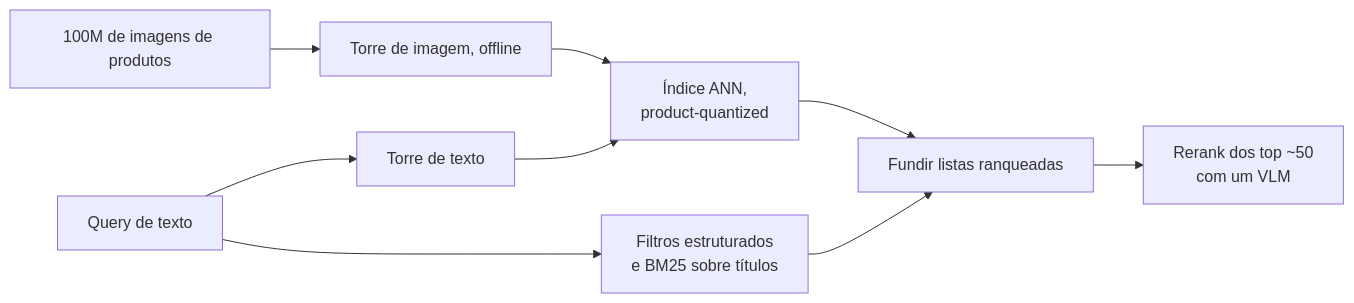
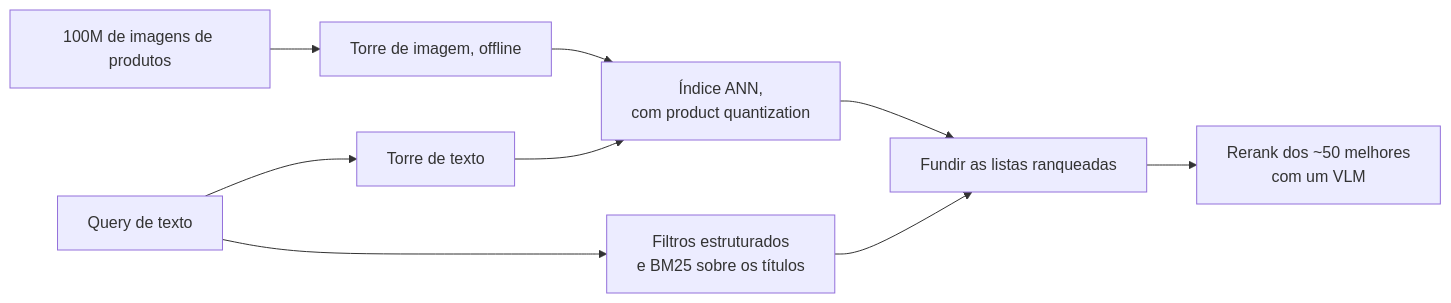
Diagram 11 of 21 in 10-multimodal/questions.pt-BR.md (andrevberaldo/AI-Engineer-Interview-Questions), drawn with Mermaid before and after one commit. The commit also changed other lines of this file and 1 other file, not shown here.

````diff
--- a/10-multimodal/questions.pt-BR.md
+++ b/10-multimodal/questions.pt-BR.md
@@ -451,11 +451,11 @@
 ```mermaid
 flowchart LR
     A["100M de imagens de produtos"] --> B["Torre de imagem, offline"]
-    B --> C["Índice ANN,<br/>product-quantized"]
+    B --> C["Índice ANN,<br/>com product quantization"]
     D["Query de texto"] --> E["Torre de texto"]
     E --> C
-    D --> F["Filtros estruturados<br/>e BM25 sobre títulos"]
-    C --> G["Fundir listas ranqueadas"]
+    D --> F["Filtros estruturados<br/>e BM25 sobre os títulos"]
+    C --> G["Fundir as listas ranqueadas"]
     F --> G
-    G --> H["Rerank dos top ~50<br/>com um VLM"]
+    G --> H["Rerank dos ~50 melhores<br/>com um VLM"]
 ```
````
